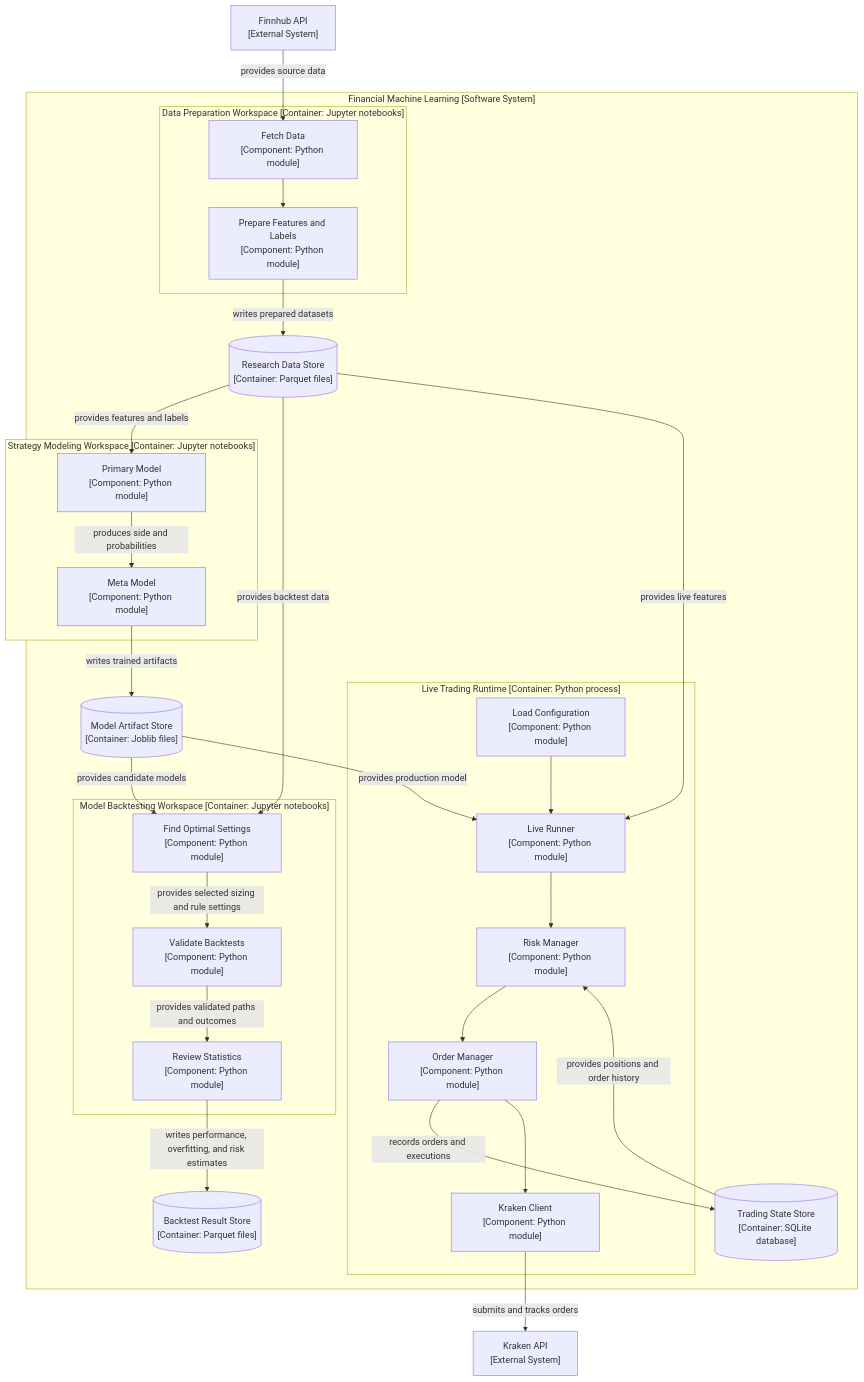
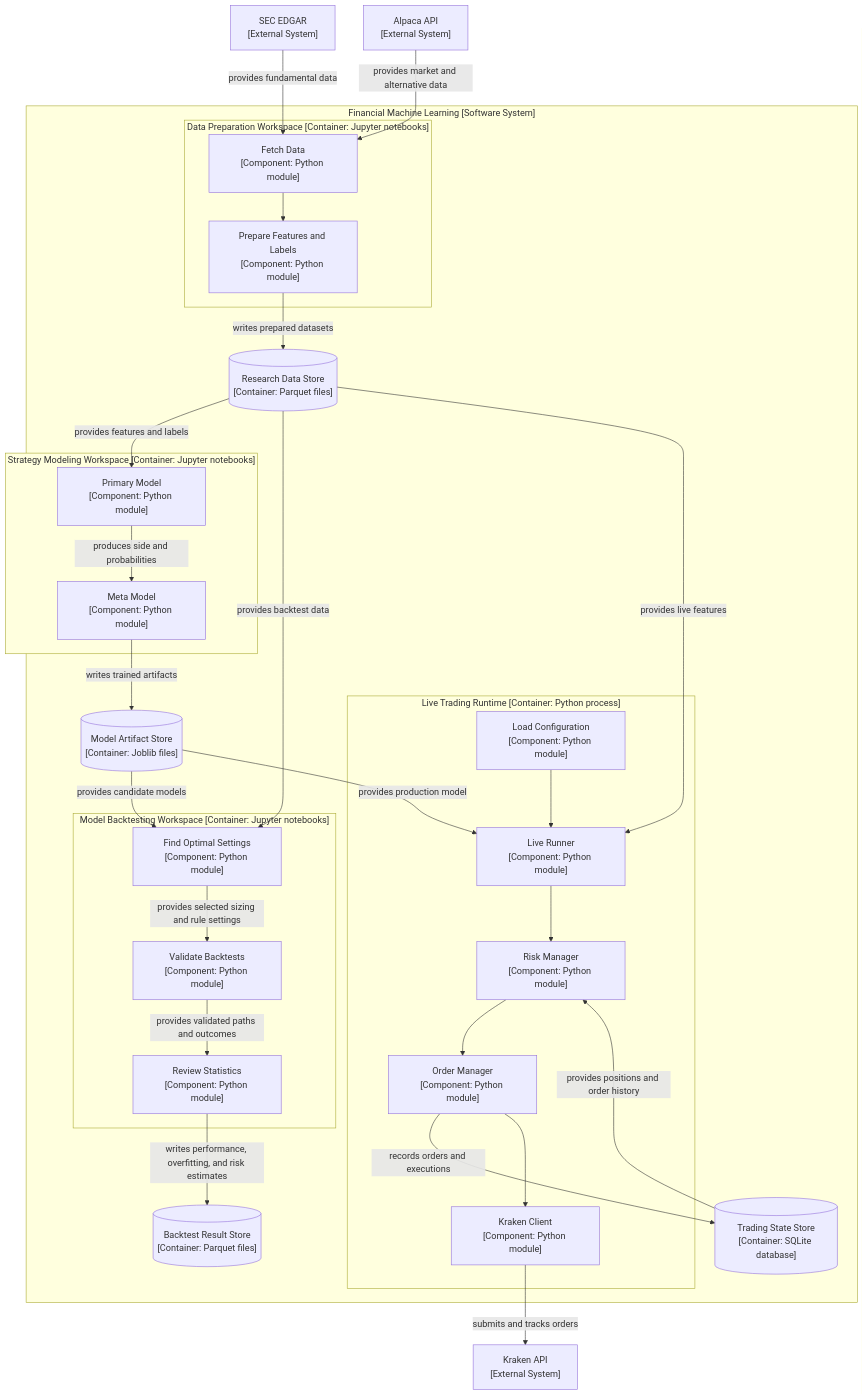
The third of 3 diagrams in docs/architecture.md (kwonjunhyuk9/financial-machine-learning), drawn with Mermaid before and after one commit. The commit also changed other lines of this file and 4 other files, not shown here.

````diff
--- a/docs/architecture.md
+++ b/docs/architecture.md
@@ -80,57 +84,59 @@
 ```mermaid
 flowchart TD
-    finnhub["Finnhub API<br/>[External System]"]
+    sec_edgar["SEC EDGAR<br/>[External System]"]
+    alpaca["Alpaca API<br/>[External System]"]
     kraken["Kraken API<br/>[External System]"]
 
     subgraph system["Financial Machine Learning [Software System]"]
         data_store[("Research Data Store<br/>[Container: Parquet files]")]
         model_store[("Model Artifact Store<br/>[Container: Joblib files]")]
         result_store[("Backtest Result Store<br/>[Container: Parquet files]")]
         trading_state_store[("Trading State Store<br/>[Container: SQLite database]")]
 
         subgraph prep_workspace["Data Preparation Workspace [Container: Jupyter notebooks]"]
             fetch_data["Fetch Data<br/>[Component: Python module]"]
             prepare_data["Prepare Features and Labels<br/>[Component: Python module]"]
         end
 
         subgraph strategy_workspace["Strategy Modeling Workspace [Container: Jupyter notebooks]"]
             primary_model["Primary Model<br/>[Component: Python module]"]
             meta_model["Meta Model<br/>[Component: Python module]"]
         end
 
         subgraph backtest_workspace["Model Backtesting Workspace [Container: Jupyter notebooks]"]
             find_settings["Find Optimal Settings<br/>[Component: Python module]"]
             validate_backtests["Validate Backtests<br/>[Component: Python module]"]
             review_statistics["Review Statistics<br/>[Component: Python module]"]
         end
 
         subgraph live_workspace["Live Trading Runtime [Container: Python process]"]
             load_config["Load Configuration<br/>[Component: Python module]"]
             live_runner["Live Runner<br/>[Component: Python module]"]
             check_risk["Risk Manager<br/>[Component: Python module]"]
             manage_orders["Order Manager<br/>[Component: Python module]"]
             kraken_client["Kraken Client<br/>[Component: Python module]"]
         end
     end
 
-    finnhub -->|" provides source data "| fetch_data
+    sec_edgar -->|" provides fundamental data "| fetch_data
+    alpaca -->|" provides market and alternative data "| fetch_data
     fetch_data --> prepare_data
     prepare_data -->|" writes prepared datasets "| data_store
     data_store -->|" provides features and labels "| primary_model
     primary_model -->|" produces side and probabilities "| meta_model
     meta_model -->|" writes trained artifacts "| model_store
     data_store -->|" provides backtest data "| find_settings
     model_store -->|" provides candidate models "| find_settings
     find_settings -->|" provides selected sizing and rule settings "| validate_backtests
     validate_backtests -->|" provides validated paths and outcomes "| review_statistics
     review_statistics -->|" writes performance, overfitting, and risk estimates "| result_store
     data_store -->|" provides live features "| live_runner
     model_store -->|" provides production model "| live_runner
     trading_state_store -->|" provides positions and order history "| check_risk
     load_config --> live_runner
     live_runner --> check_risk
     check_risk --> manage_orders
     manage_orders -->|" records orders and executions "| trading_state_store
     manage_orders --> kraken_client
     kraken_client -->|" submits and tracks orders "| kraken
 ```
````
